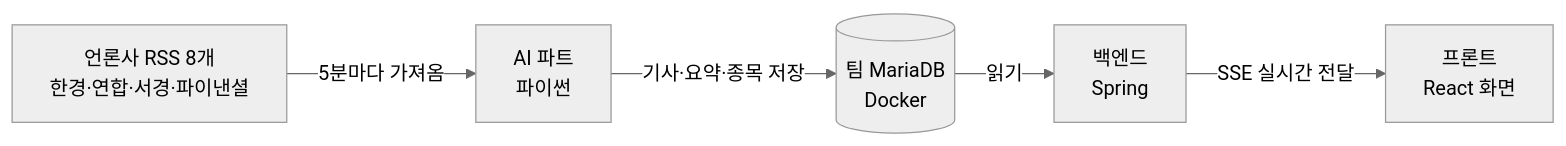
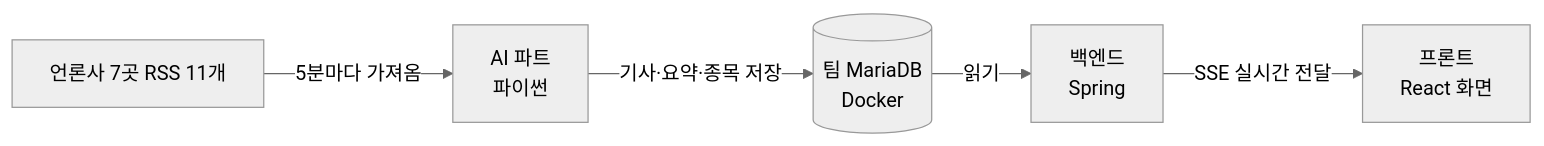
Before and after one commit to hk-finance-team2/stock-news-matching: the first of 2 diagrams in ai/docs/학습/00_전체그림.md, drawn with Mermaid (neutral theme). The commit also changed other lines of this file and 15 other files, not shown here.

````diff
--- a/ai/docs/학습/00_전체그림.md
+++ b/ai/docs/학습/00_전체그림.md
@@ -9,7 +9,7 @@
 ```mermaid
 flowchart LR
-    RSS[언론사 RSS 8개<br/>한경·연합·서경·파이낸셜] -->|5분마다 가져옴| AI[AI 파트<br/>파이썬]
+    RSS[언론사 7곳 RSS 11개] -->|5분마다 가져옴| AI[AI 파트<br/>파이썬]
     AI -->|기사·요약·종목 저장| DB[(팀 MariaDB<br/>Docker)]
     DB -->|읽기| BE[백엔드<br/>Spring]
     BE -->|SSE 실시간 전달| FE[프론트<br/>React 화면]
 ```
````
